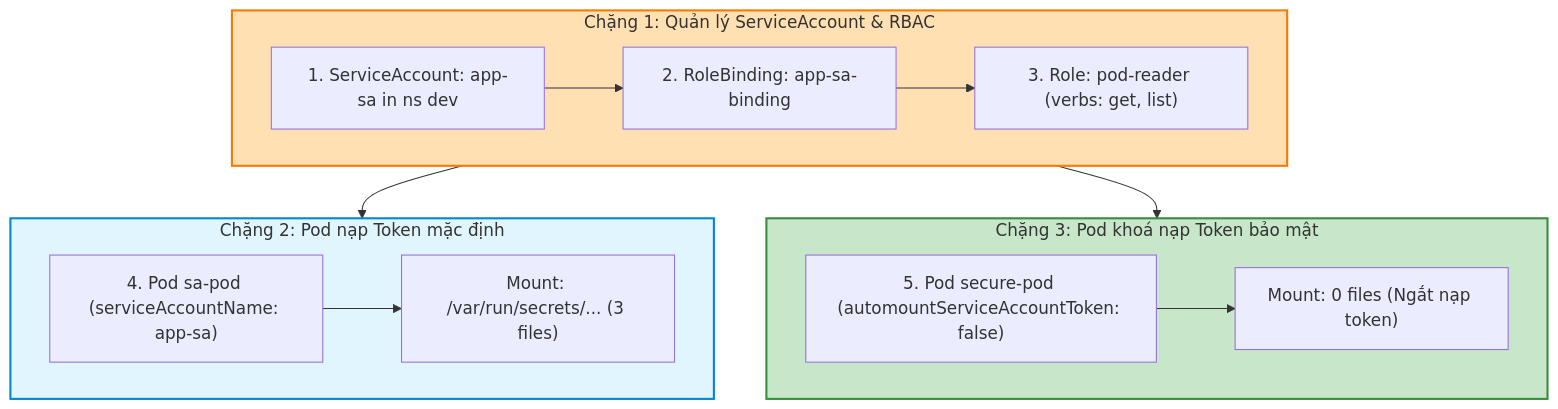
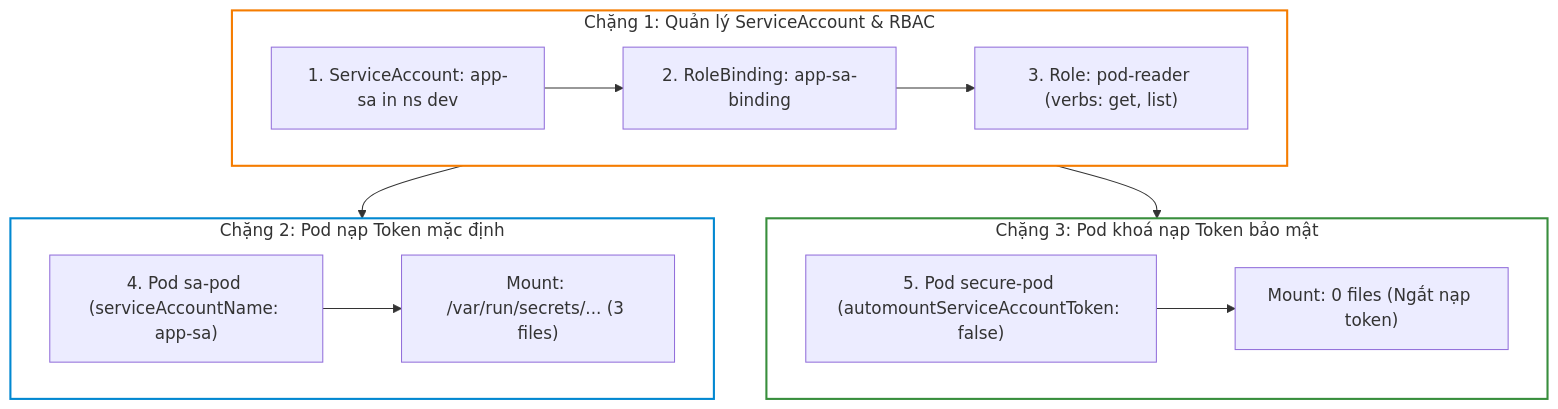
The third of 3 diagrams in _posts/2026-09-12-cka-11-11-serviceaccount-va-token.md (kiennt308/ntk), drawn with Mermaid before and after one commit. The commit also changed other lines of this file and 207 other files, not shown here.

Commit message:
feat(posts): batch standardize all 208 posts with TL;DR, qa-card accordion, fill:none mermaid, and liquid raw wrappers

````diff
--- a/_posts/2026-09-12-cka-11-11-serviceaccount-va-token.md
+++ b/_posts/2026-09-12-cka-11-11-serviceaccount-va-token.md
@@ -493,22 +497,22 @@
 ```mermaid
 graph TD
     subgraph SA_Management ["Chặng 1: Quản lý ServiceAccount & RBAC"]
         SA["1. ServiceAccount: app-sa in ns dev"] --> RB["2. RoleBinding: app-sa-binding"]
         RB --> ROLE["3. Role: pod-reader (verbs: get, list)"]
     end
 
     subgraph Pod_Mount_True ["Chặng 2: Pod nạp Token mặc định"]
         POD1["4. Pod sa-pod (serviceAccountName: app-sa)"] --> MOUNT1["Mount: /var/run/secrets/... (3 files)"]
     end
 
     subgraph Pod_Mount_False ["Chặng 3: Pod khoá nạp Token bảo mật"]
         POD2["5. Pod secure-pod (automountServiceAccountToken: false)"] --> MOUNT2["Mount: 0 files (Ngắt nạp token)"]
     end
 
     SA_Management --> Pod_Mount_True
     SA_Management --> Pod_Mount_False
 
-    style SA_Management fill:#ffe0b2,stroke:#f57c00,stroke-width:2px
-    style Pod_Mount_True fill:#e1f5fe,stroke:#0288d1,stroke-width:2px
-    style Pod_Mount_False fill:#c8e6c9,stroke:#388e3c,stroke-width:2px
+    style SA_Management fill:none,stroke:#f57c00,stroke-width:2px
+    style Pod_Mount_True fill:none,stroke:#0288d1,stroke-width:2px
+    style Pod_Mount_False fill:none,stroke:#388e3c,stroke-width:2px
 ```
````
